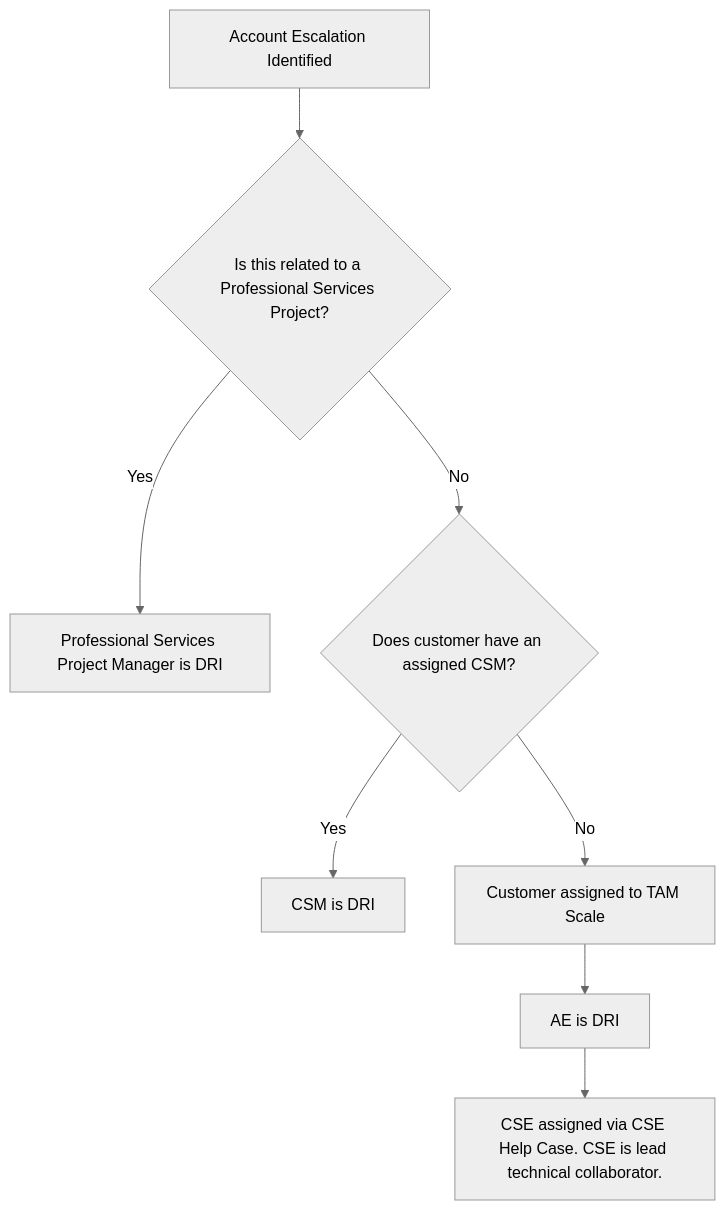
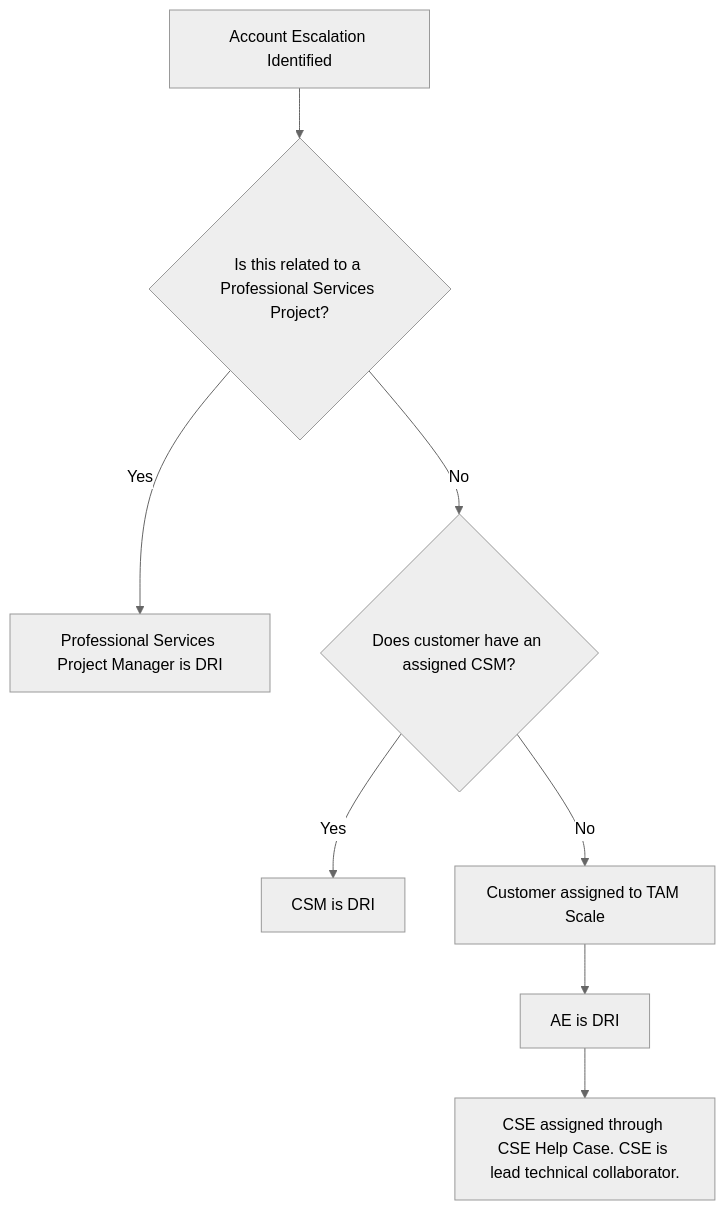
Before and after one commit to zalyoung/gitlab-handbook: the diagram in content/handbook/customer-success/csm/escalations/_index.md, drawn with Mermaid (neutral theme). The commit also changed other lines of this file, not shown here.

````diff
--- a/content/handbook/customer-success/csm/escalations/_index.md
+++ b/content/handbook/customer-success/csm/escalations/_index.md
@@ -46,10 +46,10 @@
 ```mermaid
 flowchart TD;
     A[Account Escalation Identified] --> B{Is this related to a Professional Services Project?};
     B -->|Yes| C[Professional Services Project Manager is DRI];
     B -->|No| D{Does customer have an assigned CSM?};
     D -->|Yes| E[CSM is DRI];
     D -->|No| F[Customer assigned to TAM Scale];
     F --> G[AE is DRI];
-    G --> H[CSE assigned via CSE Help Case. CSE is lead technical collaborator.];
+    G --> H[CSE assigned through CSE Help Case. CSE is lead technical collaborator.];
 ```
````
